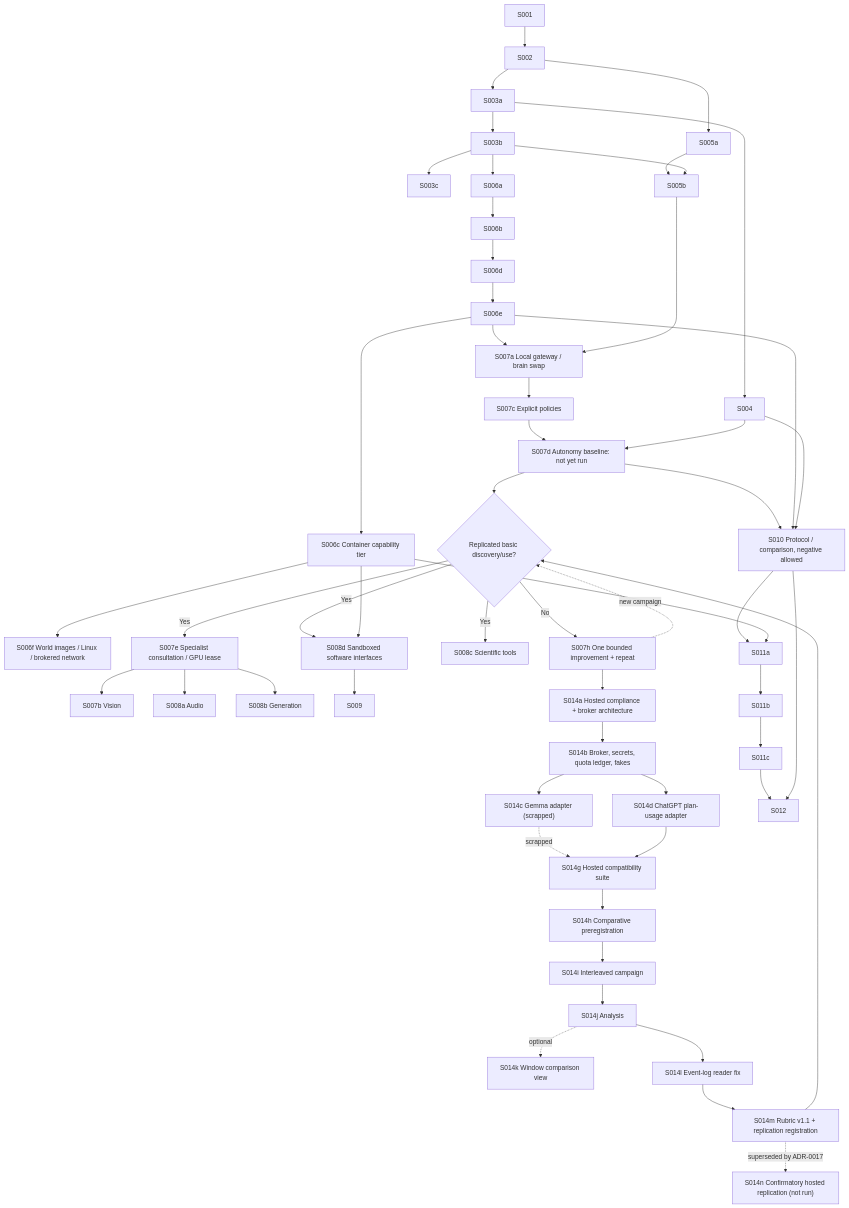
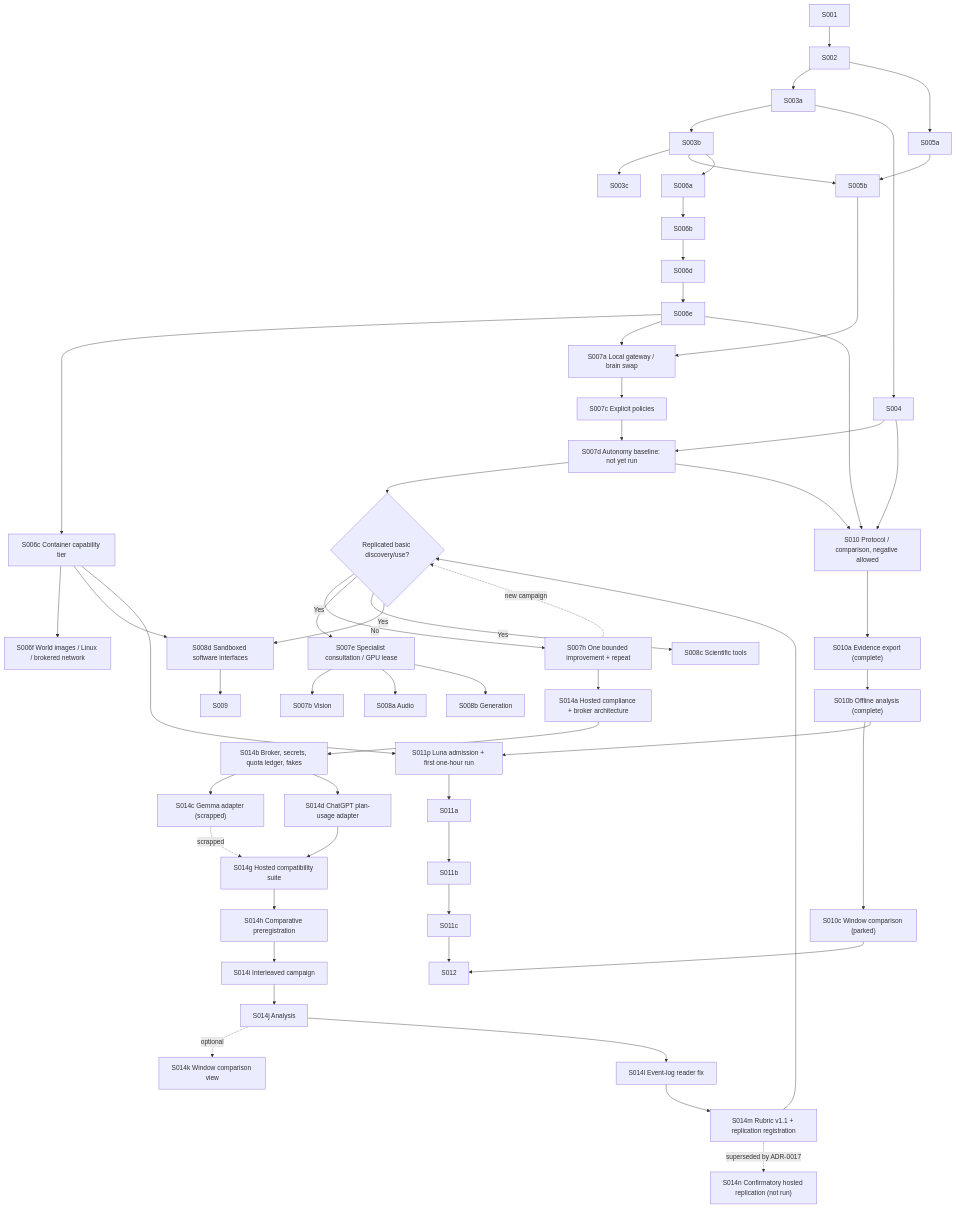
One commit to jfairfaxball-348/open-lab-builder changed the diagram in docs/roadmap/ROADMAP.md. Above: the diagram before and after it, drawn with Mermaid. The commit also changed other lines of this file, not shown here.

Commit message:
S011p: park Window comparison and prioritize Luna admission then one-hour test

````diff
--- a/docs/roadmap/ROADMAP.md
+++ b/docs/roadmap/ROADMAP.md
@@ -42,41 +42,44 @@
 ```mermaid
 flowchart TD
     S001 --> S002 --> S003a --> S003b --> S003c
     S003a --> S004
     S002 --> S005a --> S005b
     S003b --> S005b
     S003b --> S006a --> S006b --> S006d --> S006e
     S006e --> S006c["S006c Container capability tier"]
     S006c --> S006f["S006f World images / Linux / brokered network"]
     S006e --> S007a["S007a Local gateway / brain swap"]
     S005b --> S007a
     S007a --> S007c["S007c Explicit policies"]
     S007c --> S007d["S007d Autonomy baseline: not yet run"]
     S004 --> S007d
     S007d --> Gate{"Replicated basic discovery/use?"}
     Gate -->|No| S007h["S007h One bounded improvement + repeat"]
     S007h -. new campaign .-> Gate
     Gate -->|Yes| S007e["S007e Specialist consultation / GPU lease"]
     S007e --> S007b["S007b Vision"]
     S007e --> S008a["S008a Audio"]
     S007e --> S008b["S008b Generation"]
     Gate -->|Yes| S008c["S008c Scientific tools"]
     Gate -->|Yes| S008d["S008d Sandboxed software interfaces"]
     S006c --> S008d --> S009
     S007h --> S014a["S014a Hosted compliance + broker architecture"]
     S014a --> S014b["S014b Broker, secrets, quota ledger, fakes"]
     S014b --> S014c["S014c Gemma adapter (scrapped)"]
     S014b --> S014d["S014d ChatGPT plan-usage adapter"]
     S014c -. scrapped .-> S014g["S014g Hosted compatibility suite"]
     S014d --> S014g
     S014g --> S014h["S014h Comparative preregistration"] --> S014i["S014i Interleaved campaign"] --> S014j["S014j Analysis"]
     S014j -. optional .-> S014k["S014k Window comparison view"]
     S014j --> S014l["S014l Event-log reader fix"] --> S014m["S014m Rubric v1.1 + replication registration"] -. superseded by ADR-0017 .-> S014n["S014n Confirmatory hosted replication (not run)"]
     S014m --> Gate
     S007d --> S010["S010 Protocol / comparison, negative allowed"]
     S006e --> S010
     S004 --> S010
-    S010 --> S011a --> S011b --> S011c --> S012
-    S006c --> S011a
-    S010 --> S012
+    S010 --> S010a["S010a Evidence export (complete)"] --> S010b["S010b Offline analysis (complete)"]
+    S010b --> S010c["S010c Window comparison (parked)"]
+    S010b --> S011p["S011p Luna admission + first one-hour run"]
+    S006c --> S011p
+    S011p --> S011a --> S011b --> S011c --> S012
+    S010c --> S012
 ```
````
